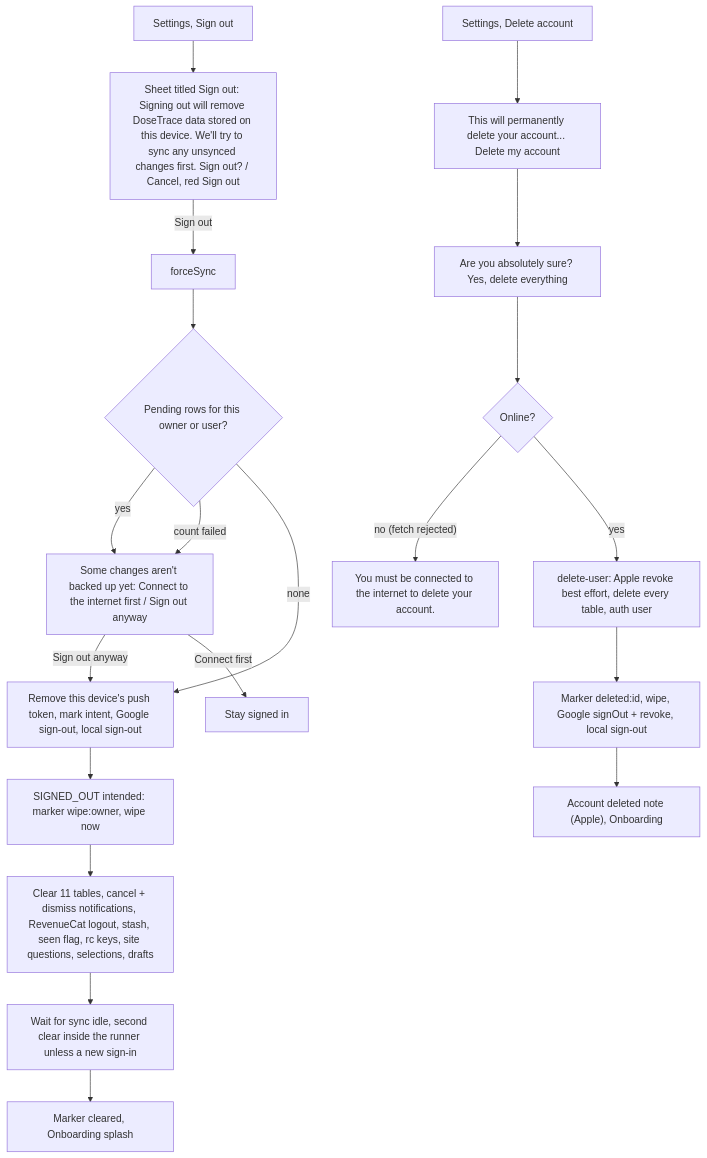
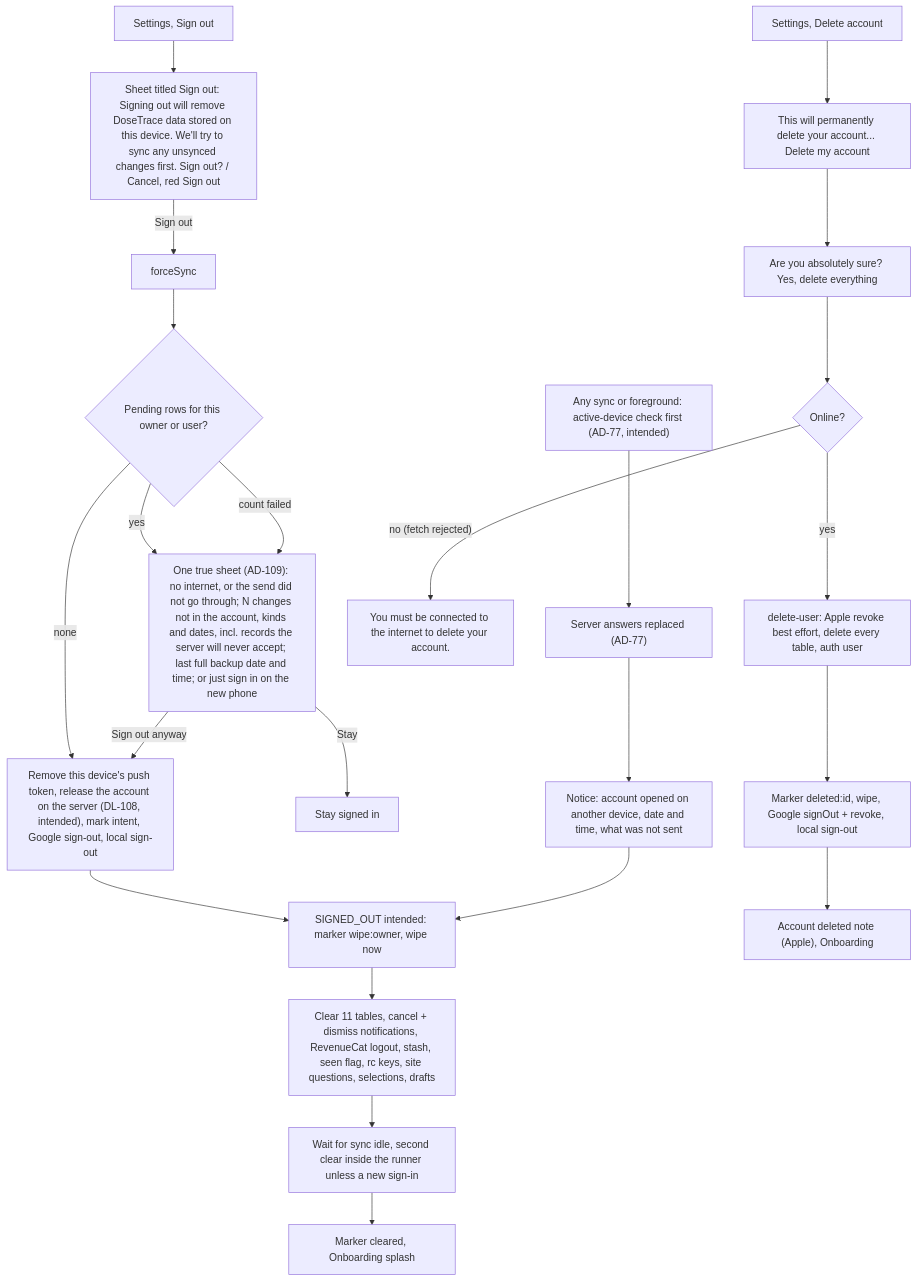
The first of 4 diagrams in docs/product/flows/12-account-signout-delete.md (evandroviskis/dosetrace), drawn with Mermaid before and after one commit. The commit also changed other lines of this file and 22 other files, not shown here.

Commit message:
docs/product: founder answers of 2026-10-15 applied (0 OPEN; AD-77..AD-109; DL-102..108; DV targets 1.3.0 / 1.3.1; sign-out never blocked); 120 diagrams render

````diff
--- a/docs/product/flows/12-account-signout-delete.md
+++ b/docs/product/flows/12-account-signout-delete.md
@@ -46,22 +50,25 @@
 ```mermaid
 flowchart TD
   A["Settings, Sign out"] --> B["Sheet titled Sign out: Signing out will remove DoseTrace data stored on this device. We'll try to sync any unsynced changes first. Sign out? / Cancel, red Sign out"]
   B -->|Sign out| C["forceSync"]
   C --> D{"Pending rows for this owner or user?"}
-  D -->|yes| E["Some changes aren't backed up yet: Connect to the internet first / Sign out anyway"]
+  D -->|yes| E["One true sheet (AD-109): no internet, or the send did not go through; N changes not in the account, kinds and dates, incl. records the server will never accept; last full backup date and time; or just sign in on the new phone"]
   D -->|count failed| E
-  D -->|none| F["Remove this device's push token, mark intent, Google sign-out, local sign-out"]
+  D -->|none| F["Remove this device's push token, release the account on the server (DL-108, intended), mark intent, Google sign-out, local sign-out"]
   E -->|Sign out anyway| F
-  E -->|Connect first| Z["Stay signed in"]
+  E -->|Stay| Z["Stay signed in"]
   F --> G["SIGNED_OUT intended: marker wipe:owner, wipe now"]
   G --> H["Clear 11 tables, cancel + dismiss notifications, RevenueCat logout, stash, seen flag, rc keys, site questions, selections, drafts"]
   H --> I["Wait for sync idle, second clear inside the runner unless a new sign-in"]
   I --> J["Marker cleared, Onboarding splash"]
+  S0["Any sync or foreground: active-device check first (AD-77, intended)"] --> S["Server answers replaced (AD-77)"]
+  S --> T["Notice: account opened on another device, date and time, what was not sent"]
+  T --> G
   K["Settings, Delete account"] --> L["This will permanently delete your account... Delete my account"]
   L --> M["Are you absolutely sure? Yes, delete everything"]
   M --> N{"Online?"}
   N -->|"no (fetch rejected)"| O["You must be connected to the internet to delete your account."]
   N -->|yes| P["delete-user: Apple revoke best effort, delete every table, auth user"]
   P --> Q["Marker deleted:id, wipe, Google signOut + revoke, local sign-out"]
   Q --> R["Account deleted note (Apple), Onboarding"]
 ```
````
